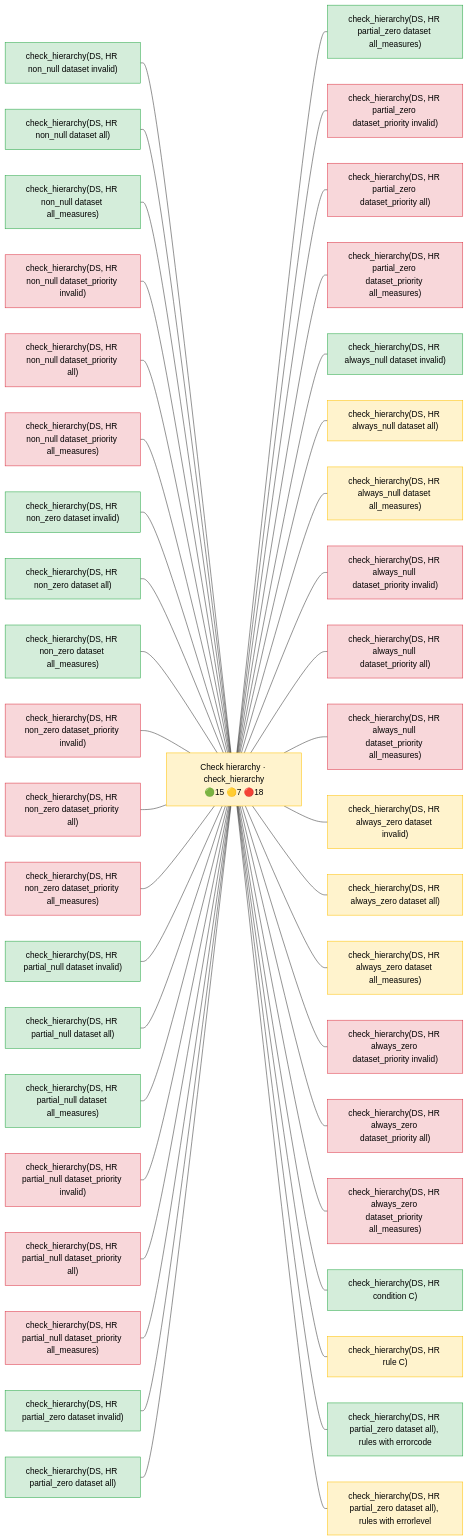
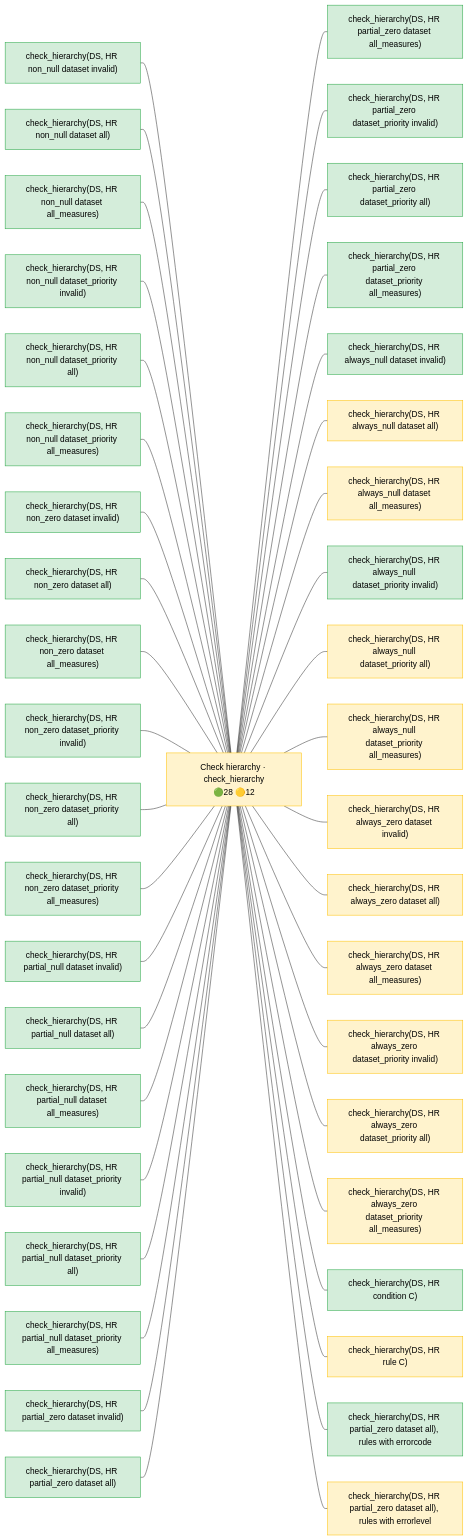
Before and after one commit to Meaningful-Data/vtlengine: the diagram in docs/operator_map/validation/check_hierarchy.rst, drawn with Mermaid. The commit also changed other lines of this file and 161 other files, not shown here.

```diff
--- a/docs/operator_map/validation/check_hierarchy.rst
+++ b/docs/operator_map/validation/check_hierarchy.rst
@@ -25,43 +25,43 @@
        classDef diverge fill:#cce5ff,stroke:#007bff,color:#000
        classDef block fill:#2b3a4a,stroke:#2b3a4a,color:#fff,font-weight:bold
        classDef ext fill:#fff,stroke:#666,color:#000,stroke-dasharray: 5 5
-       O["Check hierarchy · check_hierarchy<br/>🟢15 🟡7 🔴18"]:::partial
+       O["Check hierarchy · check_hierarchy<br/>🟢28 🟡12"]:::partial
        v_non_null_dataset_invalid["check_hierarchy(DS, HR non_null dataset invalid)"]:::ok
        v_non_null_dataset_all["check_hierarchy(DS, HR non_null dataset all)"]:::ok
        v_non_null_dataset_all_measures["check_hierarchy(DS, HR non_null dataset all_measures)"]:::ok
-       v_non_null_dataset_priority_invalid["check_hierarchy(DS, HR non_null dataset_priority invalid)"]:::missing
-       v_non_null_dataset_priority_all["check_hierarchy(DS, HR non_null dataset_priority all)"]:::missing
-       v_non_null_dataset_priority_all_measures["check_hierarchy(DS, HR non_null dataset_priority all_measures)"]:::missing
+       v_non_null_dataset_priority_invalid["check_hierarchy(DS, HR non_null dataset_priority invalid)"]:::ok
+       v_non_null_dataset_priority_all["check_hierarchy(DS, HR non_null dataset_priority all)"]:::ok
+       v_non_null_dataset_priority_all_measures["check_hierarchy(DS, HR non_null dataset_priority all_measures)"]:::ok
        v_non_zero_dataset_invalid["check_hierarchy(DS, HR non_zero dataset invalid)"]:::ok
        v_non_zero_dataset_all["check_hierarchy(DS, HR non_zero dataset all)"]:::ok
        v_non_zero_dataset_all_measures["check_hierarchy(DS, HR non_zero dataset all_measures)"]:::ok
-       v_non_zero_dataset_priority_invalid["check_hierarchy(DS, HR non_zero dataset_priority invalid)"]:::missing
-       v_non_zero_dataset_priority_all["check_hierarchy(DS, HR non_zero dataset_priority all)"]:::missing
-       v_non_zero_dataset_priority_all_measures["check_hierarchy(DS, HR non_zero dataset_priority all_measures)"]:::missing
+       v_non_zero_dataset_priority_invalid["check_hierarchy(DS, HR non_zero dataset_priority invalid)"]:::ok
+       v_non_zero_dataset_priority_all["check_hierarchy(DS, HR non_zero dataset_priority all)"]:::ok
+       v_non_zero_dataset_priority_all_measures["check_hierarchy(DS, HR non_zero dataset_priority all_measures)"]:::ok
        v_partial_null_dataset_invalid["check_hierarchy(DS, HR partial_null dataset invalid)"]:::ok
        v_partial_null_dataset_all["check_hierarchy(DS, HR partial_null dataset all)"]:::ok
        v_partial_null_dataset_all_measures["check_hierarchy(DS, HR partial_null dataset all_measures)"]:::ok
-       v_partial_null_dataset_priority_invalid["check_hierarchy(DS, HR partial_null dataset_priority invalid)"]:::missing
-       v_partial_null_dataset_priority_all["check_hierarchy(DS, HR partial_null dataset_priority all)"]:::missing
-       v_partial_null_dataset_priority_all_measures["check_hierarchy(DS, HR partial_null dataset_priority all_measures)"]:::missing
+       v_partial_null_dataset_priority_invalid["check_hierarchy(DS, HR partial_null dataset_priority invalid)"]:::ok
+       v_partial_null_dataset_priority_all["check_hierarchy(DS, HR partial_null dataset_priority all)"]:::ok
+       v_partial_null_dataset_priority_all_measures["check_hierarchy(DS, HR partial_null dataset_priority all_measures)"]:::ok
        v_partial_zero_dataset_invalid["check_hierarchy(DS, HR partial_zero dataset invalid)"]:::ok
        v_partial_zero_dataset_all["check_hierarchy(DS, HR partial_zero dataset all)"]:::ok
        v_partial_zero_dataset_all_measures["check_hierarchy(DS, HR partial_zero dataset all_measures)"]:::ok
-       v_partial_zero_dataset_priority_invalid["check_hierarchy(DS, HR partial_zero dataset_priority invalid)"]:::missing
-       v_partial_zero_dataset_priority_all["check_hierarchy(DS, HR partial_zero dataset_priority all)"]:::missing
-       v_partial_zero_dataset_priority_all_measures["check_hierarchy(DS, HR partial_zero dataset_priority all_measures)"]:::missing
+       v_partial_zero_dataset_priority_invalid["check_hierarchy(DS, HR partial_zero dataset_priority invalid)"]:::ok
+       v_partial_zero_dataset_priority_all["check_hierarchy(DS, HR partial_zero dataset_priority all)"]:::ok
+       v_partial_zero_dataset_priority_all_measures["check_hierarchy(DS, HR partial_zero dataset_priority all_measures)"]:::ok
        v_always_null_dataset_invalid["check_hierarchy(DS, HR always_null dataset invalid)"]:::ok
        v_always_null_dataset_all["check_hierarchy(DS, HR always_null dataset all)"]:::partial
        v_always_null_dataset_all_measures["check_hierarchy(DS, HR always_null dataset all_measures)"]:::partial
-       v_always_null_dataset_priority_invalid["check_hierarchy(DS, HR always_null dataset_priority invalid)"]:::missing
-       v_always_null_dataset_priority_all["check_hierarchy(DS, HR always_null dataset_priority all)"]:::missing
-       v_always_null_dataset_priority_all_measures["check_hierarchy(DS, HR always_null dataset_priority all_measures)"]:::missing
+       v_always_null_dataset_priority_invalid["check_hierarchy(DS, HR always_null dataset_priority invalid)"]:::ok
+       v_always_null_dataset_priority_all["check_hierarchy(DS, HR always_null dataset_priority all)"]:::partial
+       v_always_null_dataset_priority_all_measures["check_hierarchy(DS, HR always_null dataset_priority all_measures)"]:::partial
        v_always_zero_dataset_invalid["check_hierarchy(DS, HR always_zero dataset invalid)"]:::partial
        v_always_zero_dataset_all["check_hierarchy(DS, HR always_zero dataset all)"]:::partial
        v_always_zero_dataset_all_measures["check_hierarchy(DS, HR always_zero dataset all_measures)"]:::partial
-       v_always_zero_dataset_priority_invalid["check_hierarchy(DS, HR always_zero dataset_priority invalid)"]:::missing
-       v_always_zero_dataset_priority_all["check_hierarchy(DS, HR always_zero dataset_priority all)"]:::missing
-       v_always_zero_dataset_priority_all_measures["check_hierarchy(DS, HR always_zero dataset_priority all_measures)"]:::missing
+       v_always_zero_dataset_priority_invalid["check_hierarchy(DS, HR always_zero dataset_priority invalid)"]:::partial
+       v_always_zero_dataset_priority_all["check_hierarchy(DS, HR always_zero dataset_priority all)"]:::partial
+       v_always_zero_dataset_priority_all_measures["check_hierarchy(DS, HR always_zero dataset_priority all_measures)"]:::partial
        v_condition["check_hierarchy(DS, HR condition C)"]:::ok
        v_rule["check_hierarchy(DS, HR rule C)"]:::partial
        v_errorcode["check_hierarchy(DS, HR partial_zero dataset all), rules with errorcode"]:::ok
```
